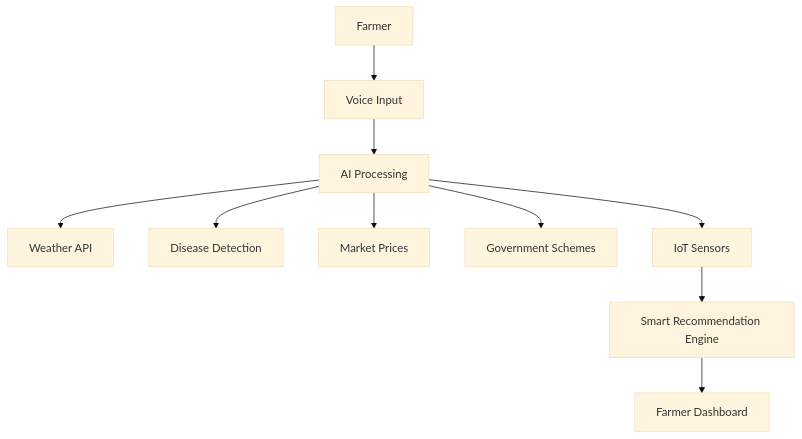
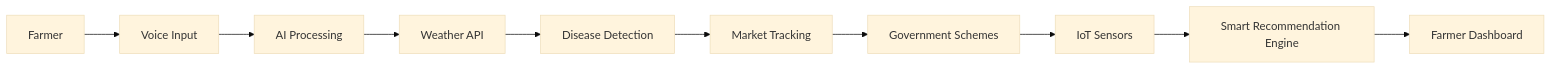
One commit to aadeshkhamkar/KrishiMitra changed the third of 3 diagrams in README.md. Above: the diagram before and after it, drawn with Mermaid (base theme). The commit also changed other lines of this file, not shown here.

````diff
--- a/README.md
+++ b/README.md
@@ -198,23 +237,23 @@
 ```mermaid
-flowchart TD
+flowchart LR
 
 A[Farmer]
 
-A --> B[Voice Input]
+-->B[Voice Input]
 
-B --> C[AI Processing]
+-->C[AI Processing]
 
-C --> D[Weather API]
+-->D[Weather API]
 
-C --> E[Disease Detection]
+-->E[Disease Detection]
 
-C --> F[Market Prices]
+-->F[Market Tracking]
 
-C --> G[Government Schemes]
+-->G[Government Schemes]
 
-C --> H[IoT Sensors]
+-->H[IoT Sensors]
 
-H --> I[Smart Recommendation Engine]
+-->I[Smart Recommendation Engine]
 
-I --> J[Farmer Dashboard]
+-->J[Farmer Dashboard]
 ```
````
